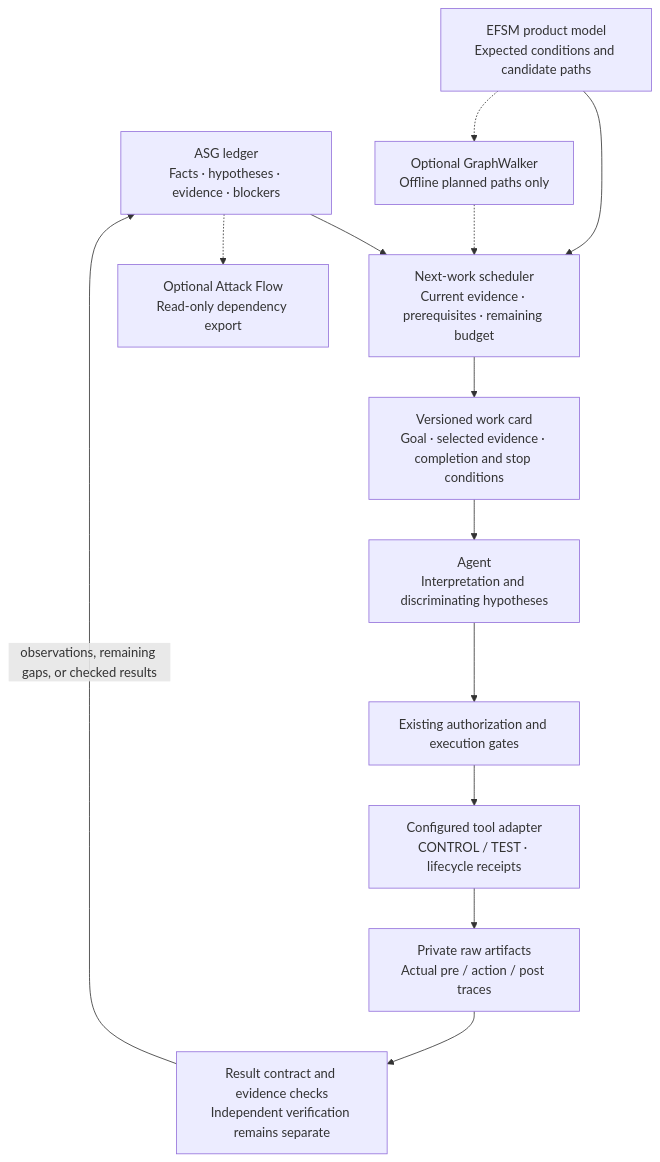
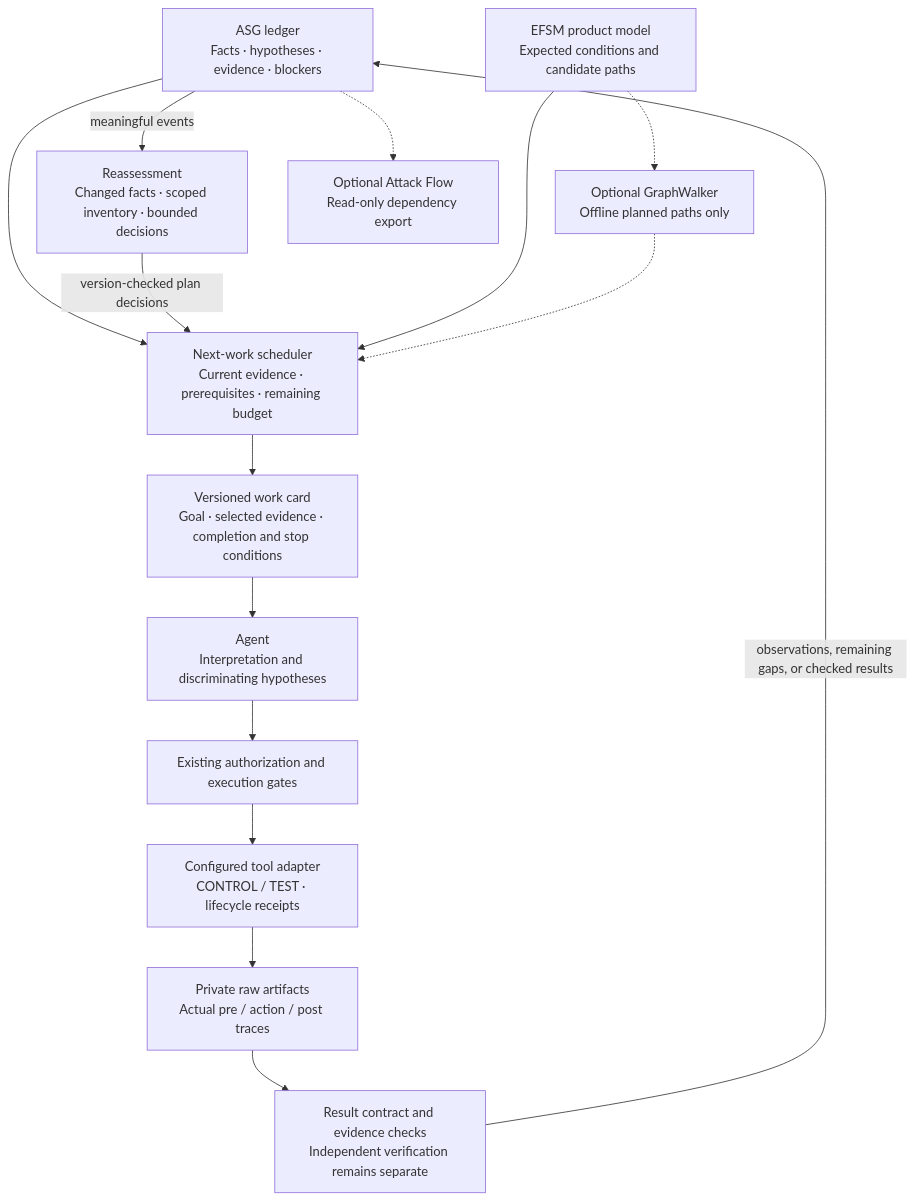
The second of 2 diagrams in docs/architecture-closed-loop.md (guan4tou2/bug-bounty-vault-framework), drawn with Mermaid before and after one commit. The commit also changed 19 other files, not shown here.

````diff
--- a/docs/architecture-closed-loop.md
+++ b/docs/architecture-closed-loop.md
@@ -80,20 +80,22 @@
 ```mermaid
 flowchart TB
   ASG["ASG ledger<br/>Facts · hypotheses · evidence · blockers"]
   FLOW["EFSM product model<br/>Expected conditions and candidate paths"]
+  REVIEW["Reassessment<br/>Changed facts · scoped inventory · bounded decisions"]
   NEXT["Next-work scheduler<br/>Current evidence · prerequisites · remaining budget"]
   CARD["Versioned work card<br/>Goal · selected evidence · completion and stop conditions"]
   AGENT["Agent<br/>Interpretation and discriminating hypotheses"]
   GATE["Existing authorization and execution gates"]
   RUN["Configured tool adapter<br/>CONTROL / TEST · lifecycle receipts"]
   RAW["Private raw artifacts<br/>Actual pre / action / post traces"]
   VALID["Result contract and evidence checks<br/>Independent verification remains separate"]
   GW["Optional GraphWalker<br/>Offline planned paths only"]
   AF["Optional Attack Flow<br/>Read-only dependency export"]
   ASG --> NEXT
+  ASG -->|"meaningful events"| REVIEW -->|"version-checked plan decisions"| NEXT
   FLOW --> NEXT
   FLOW -.-> GW -.-> NEXT
   NEXT --> CARD --> AGENT --> GATE --> RUN --> RAW --> VALID
   VALID -->|"observations, remaining gaps, or checked results"| ASG
   ASG -.-> AF
 ```
````
